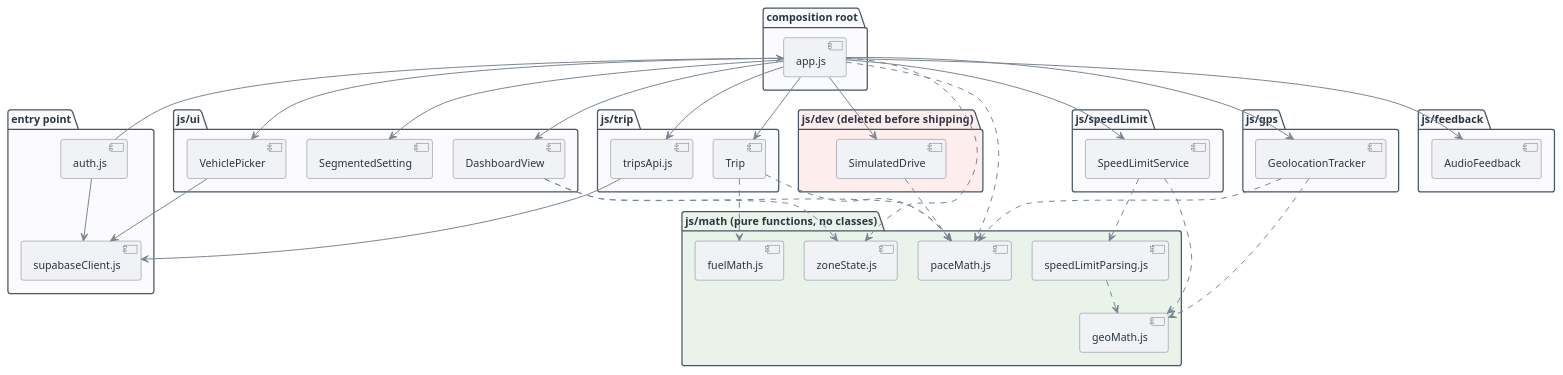
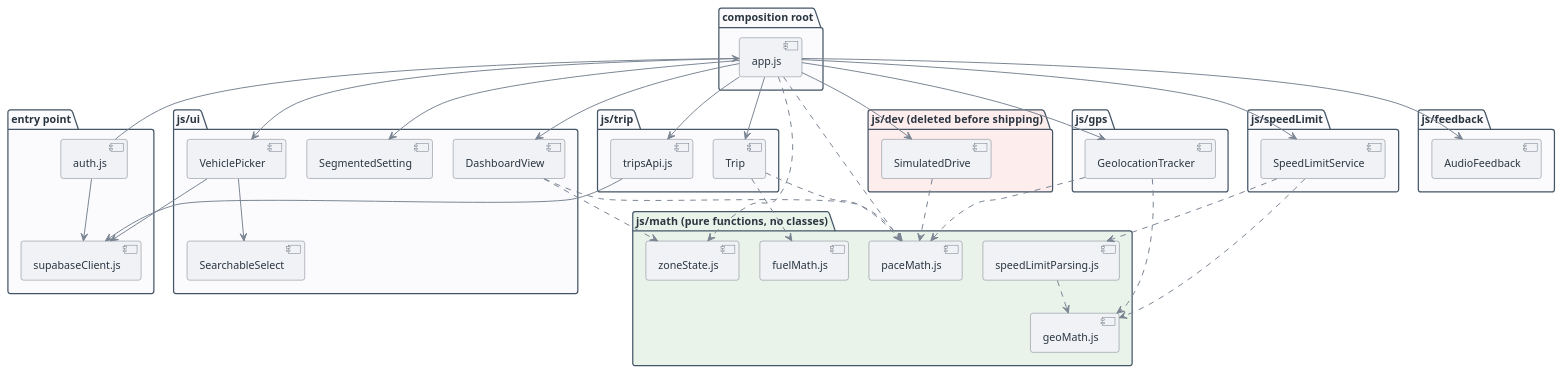
The diagram in docs/diagrams/package-diagram.puml (ysfrknzydn/paceometer-app), drawn with PlantUML before and after one commit. The commit also changed 15 other files, not shown here.

Commit message:
Add autocomplete vehicle picker, trips update/delete RLS policies

```diff
--- a/docs/diagrams/package-diagram.puml
+++ b/docs/diagrams/package-diagram.puml
@@ -1,97 +1,99 @@
 @startuml
 skinparam shadowing false
 skinparam roundCorner 6
 skinparam defaultFontName Helvetica
 skinparam defaultFontSize 13
 skinparam nodesep 25
 skinparam ranksep 40
 
 skinparam package {
   BorderColor #445566
   FontStyle bold
   FontColor #2A3540
   BackgroundColor #FBFBFD
 }
 skinparam component {
   BorderColor #5B6470
   BackgroundColor #F0F2F6
   FontColor #2A3540
 }
 skinparam arrow {
   Color #7A8492
   Thickness 1.2
 }
 
 package "entry point" as entry {
   [auth.js] as auth
   [supabaseClient.js] as supa
 }
 
 package "composition root" as root {
   [app.js] as appjs
 }
 
 package "js/gps" as gpsPkg {
   [GeolocationTracker] as geoTracker
 }
 
 package "js/speedLimit" as slPkg {
   [SpeedLimitService] as sls
 }
 
 package "js/trip" as tripPkg {
   [Trip] as tripClass
   [tripsApi.js] as tripsApi
 }
 
 package "js/ui" as uiPkg {
   [DashboardView] as dashboardView
   [SegmentedSetting] as segmentedSetting
   [VehiclePicker] as vehiclePicker
+  [SearchableSelect] as searchableSelect
 }
 
 package "js/feedback" as fbPkg {
   [AudioFeedback] as audioFeedback
 }
 
 package "js/dev  (deleted before shipping)" as devPkg #FDEDED {
   [SimulatedDrive] as simulatedDrive
 }
 
 package "js/math  (pure functions, no classes)" as mathPkg #EAF3EA {
   [paceMath.js] as paceMath
   [zoneState.js] as zoneState
   [geoMath.js] as geoMath
   [speedLimitParsing.js] as slParsing
   [fuelMath.js] as fuelMath
 }
 
 auth --> appjs
 auth --> supa
 tripsApi --> supa
 vehiclePicker --> supa
 
 appjs --> geoTracker
 appjs --> sls
 appjs --> tripClass
 appjs --> tripsApi
 appjs --> dashboardView
 appjs --> segmentedSetting
 appjs --> vehiclePicker
+vehiclePicker --> searchableSelect
 appjs --> audioFeedback
 appjs --> simulatedDrive
 appjs ..> paceMath
 appjs ..> zoneState
 
 geoTracker ..> geoMath
 geoTracker ..> paceMath
 sls ..> geoMath
 sls ..> slParsing
 slParsing ..> geoMath
 tripClass ..> paceMath
 tripClass ..> fuelMath
 dashboardView ..> zoneState
 dashboardView ..> paceMath
 simulatedDrive ..> paceMath
 
 @enduml
```
